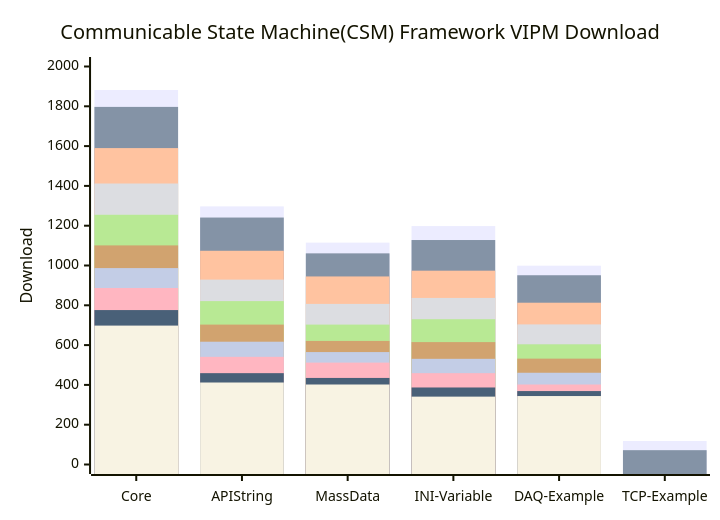
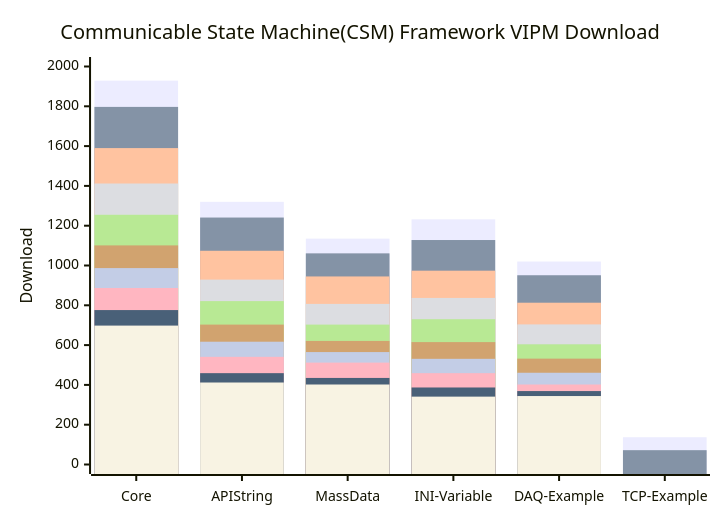
Before and after one commit to NEVSTOP-LAB/.github: the diagram in profile/README.md, drawn with Mermaid.

````diff
--- a/profile/README.md
+++ b/profile/README.md
@@ -31,16 +31,16 @@
 ```mermaid
     xychart-beta
     title "Communicable State Machine(CSM) Framework VIPM Download"
     x-axis [Core, API String, MassData, INI-Variable, DAQ-Example, TCP-Example]
     y-axis "Download" 0 --> 2000
-    bar   [1882, 1297, 1115, 1198, 999, 118]
+    bar   [1929, 1320, 1135, 1232, 1020, 137]
     bar   [1797, 1241, 1061, 1128, 951, 72]
     bar   [1590, 1074, 945, 974, 813]
     bar   [1412, 929, 807, 837, 704]
     bar   [1255, 821, 703, 730, 604]
     bar   [1101, 703, 621, 615, 532]
     bar   [987, 617, 565, 531, 461]
     bar   [887, 541, 512, 459, 402]
     bar   [776, 459, 435, 387, 369]
     bar   [698, 412, 402, 341, 344]
 ```
````
